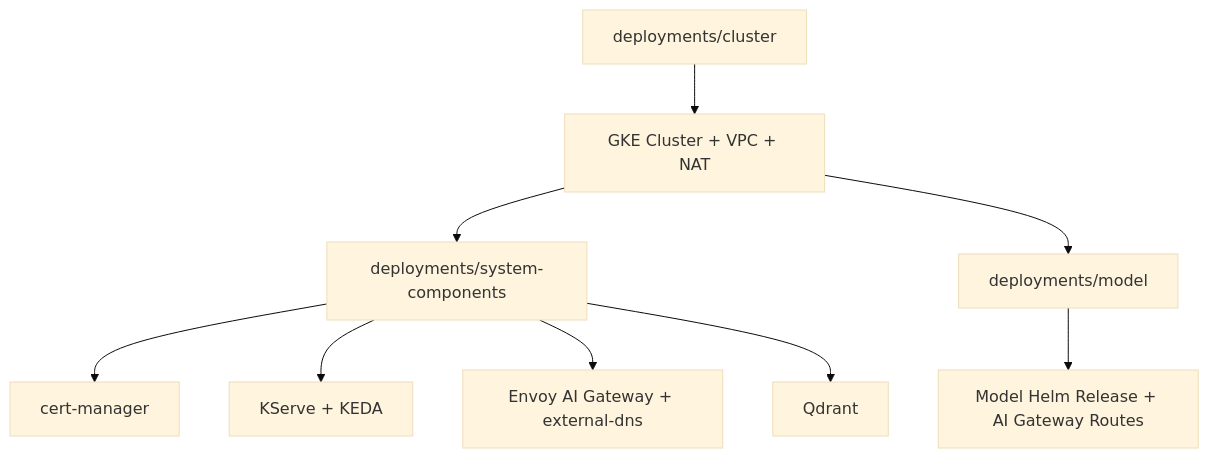
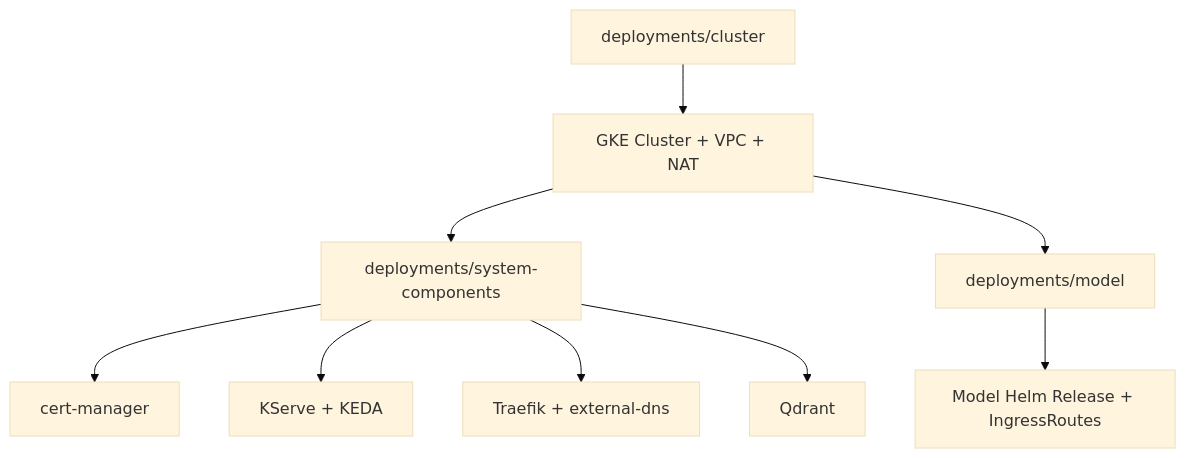
Before and after one commit to pibblokto/gke-rag: the diagram in README.md, drawn with Mermaid (base theme). The commit also changed other lines of this file and 25 other files, not shown here.

````diff
--- a/README.md
+++ b/README.md
@@ -22,11 +22,11 @@
 ```mermaid
 flowchart TD
     A[deployments/cluster] --> B[GKE Cluster + VPC + NAT]
     B --> C[deployments/system-components]
     C --> D[cert-manager]
     C --> E[KServe + KEDA]
-    C --> F[Envoy AI Gateway + external-dns]
+    C --> F[Traefik + external-dns]
     C --> G[Qdrant]
     B --> H[deployments/model]
-    H --> I[Model Helm Release + AI Gateway Routes]
+    H --> I[Model Helm Release + IngressRoutes]
 ```
````
